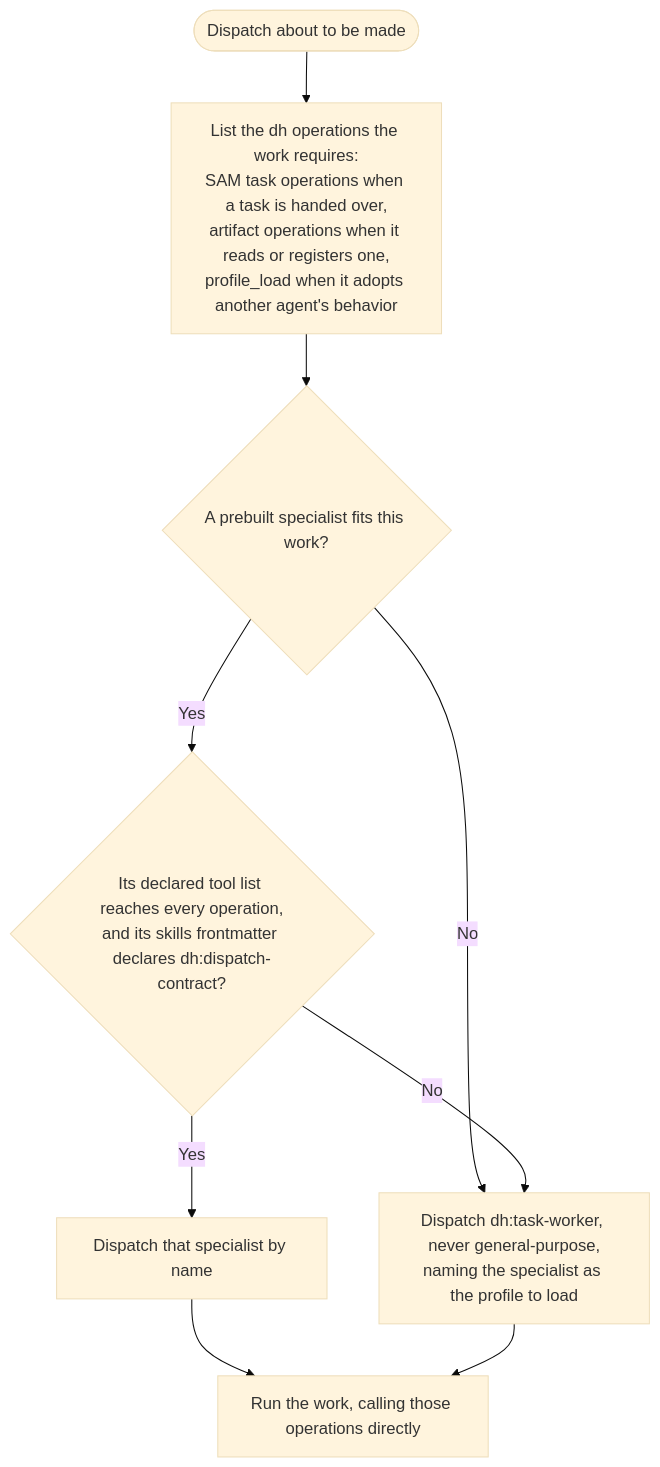
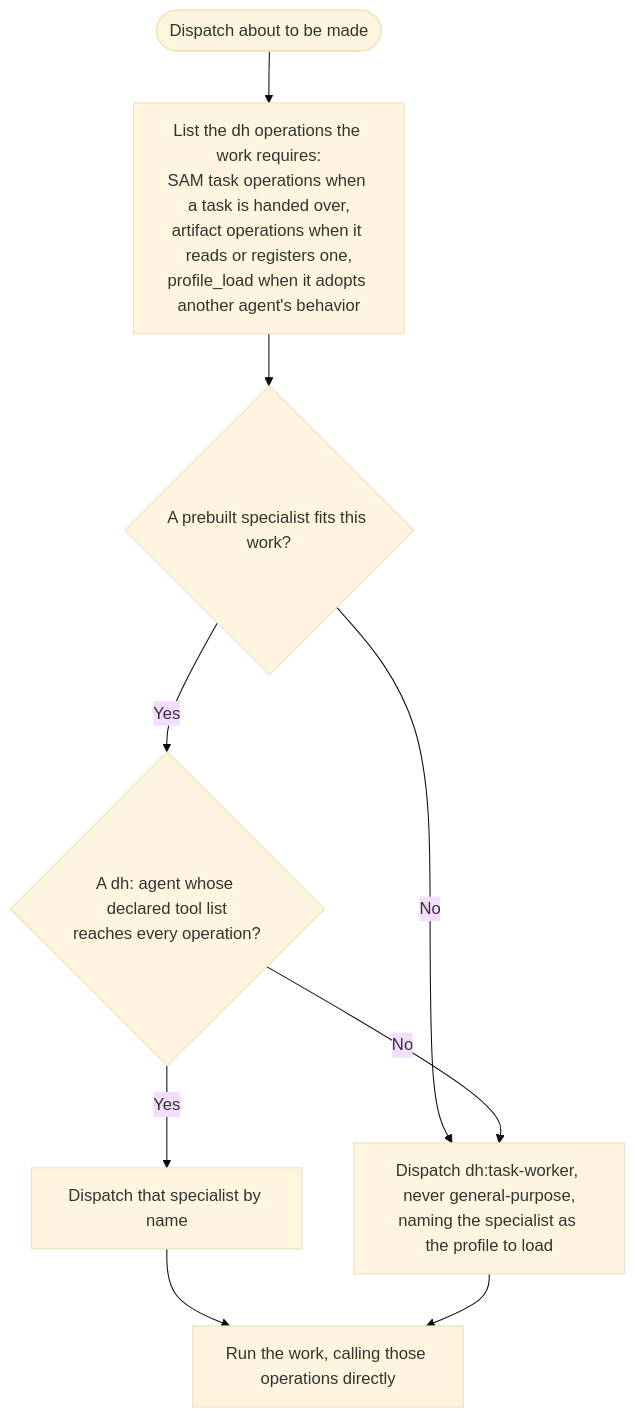
The diagram in plugins/development-harness/skills/dispatch-contract/SKILL.md (Jamie-BitFlight/claude_skills), drawn with Mermaid (base theme) before and after one commit. The commit also changed other lines of this file and 1 other file, not shown here.

First line of the commit message:
fix(development-harness): decide dispatch on observable candidate facts

````diff
--- a/plugins/development-harness/skills/dispatch-contract/SKILL.md
+++ b/plugins/development-harness/skills/dispatch-contract/SKILL.md
@@ -85,11 +88,11 @@
 ```mermaid
 flowchart TD
     D([Dispatch about to be made]) --> Ops["List the dh operations the work requires:<br>SAM task operations when a task is handed over,<br>artifact operations when it reads or registers one,<br>profile_load when it adopts another agent's behavior"]
     Ops --> Fit{"A prebuilt specialist fits this work?"}
     Fit -->|No| Worker
-    Fit -->|Yes| Covers{"Its declared tool list reaches every operation,<br>and its skills frontmatter declares dh:dispatch-contract?"}
+    Fit -->|Yes| Covers{"A dh: agent whose declared tool list<br>reaches every operation?"}
     Covers -->|Yes| Spec[Dispatch that specialist by name]
     Covers -->|No| Worker["Dispatch dh:task-worker, never general-purpose,<br>naming the specialist as the profile to load"]
     Spec --> Run[Run the work, calling those operations directly]
     Worker --> Run
 ```
````
